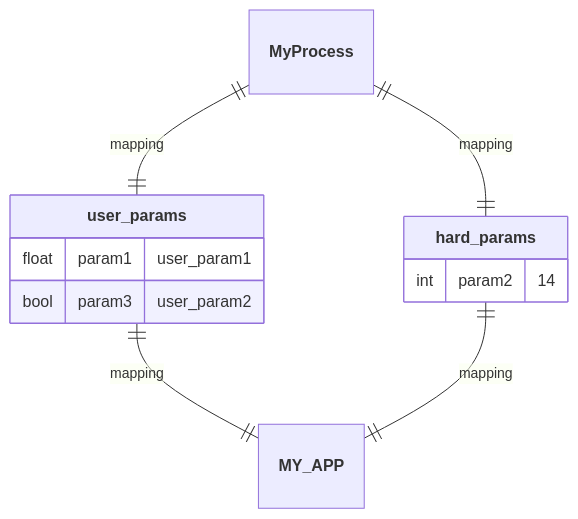
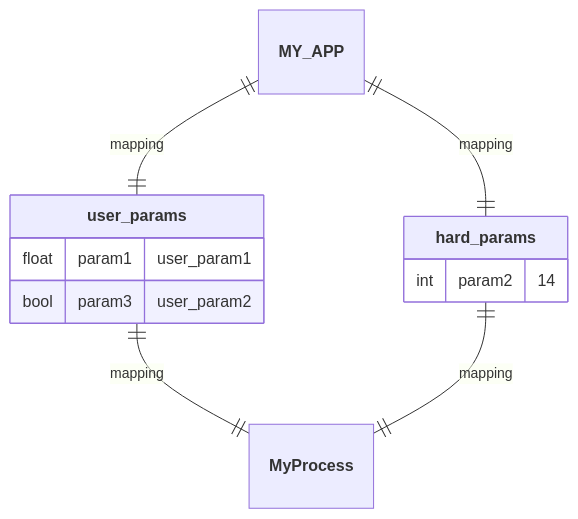
One commit to nuremics/nuremics changed the seventh of 13 diagrams in README.md. Above: the diagram before and after it, drawn with Mermaid. The commit also changed other lines of this file, not shown here.

````diff
--- a/README.md
+++ b/README.md
@@ -213,15 +213,15 @@
 ```mermaid
 erDiagram
-  **MyProcess** ||--|| **user_params** : mapping
-  **MyProcess** ||--|| **hard_params** : mapping
-  **user_params** ||--|| **MY_APP** : mapping
-  **hard_params** ||--|| **MY_APP** : mapping
+  **MY_APP** ||--|| **user_params** : mapping
+  **MY_APP** ||--|| **hard_params** : mapping
+  **user_params** ||--|| **MyProcess**: mapping
+  **hard_params** ||--|| **MyProcess**: mapping
 
   **user_params** {
     float param1 "user_param1"
     bool param3 "user_param2"
   }
   **hard_params** {
     int param2 "14"
   }
 ```
````
